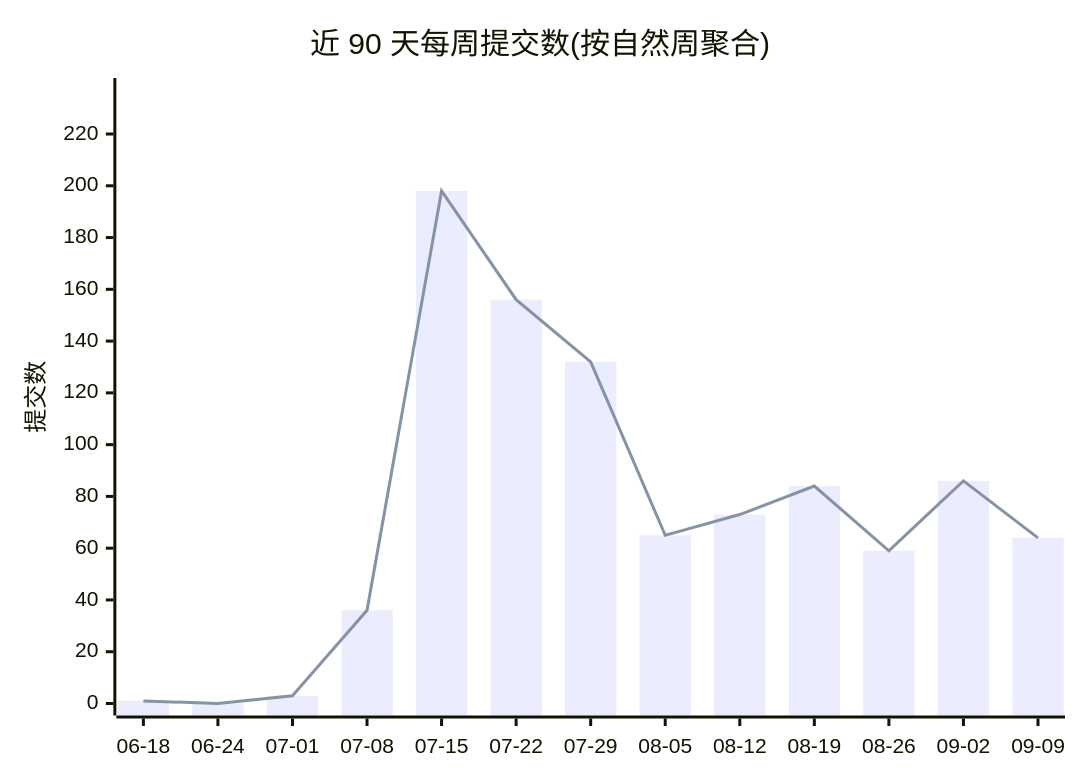
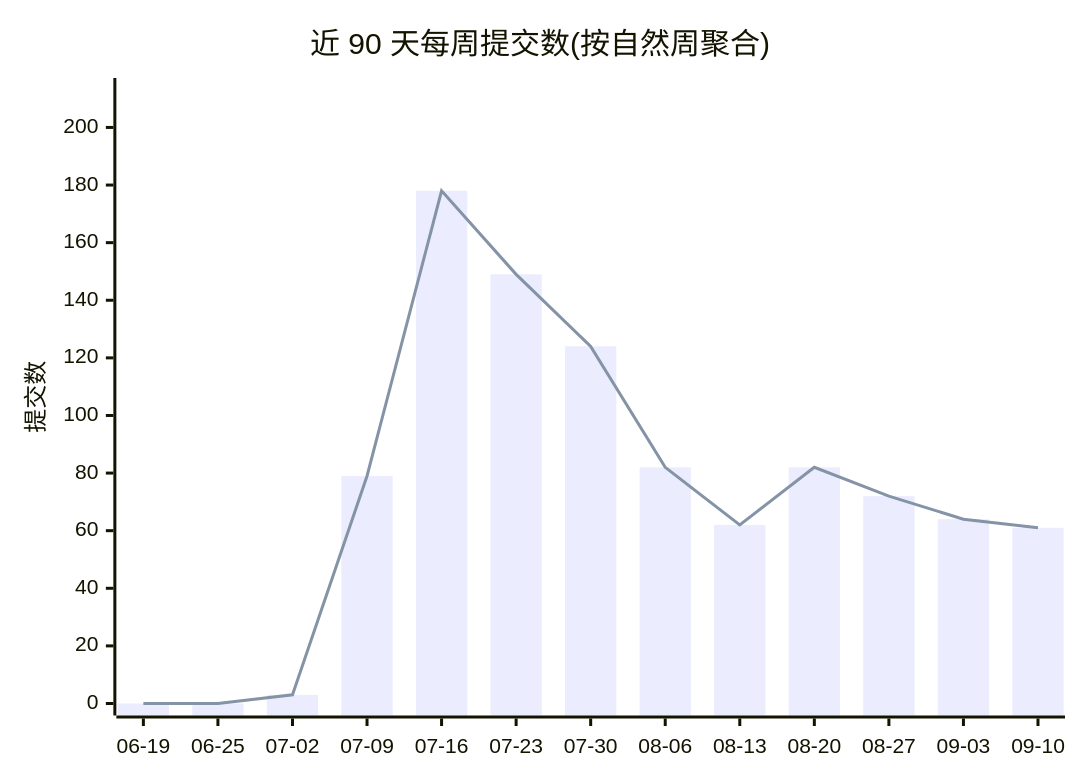
One commit to Conflux-Union/.github changed the first of 2 diagrams in profile/README.md. Above: the diagram before and after it, drawn with Mermaid. The commit also changed other lines of this file and 1 other file, not shown here.

Commit message:
chore(stats): refresh org commit stats

````diff
--- a/profile/README.md
+++ b/profile/README.md
@@ -44,8 +44,8 @@
 ```mermaid
 xychart-beta
     title "近 90 天每周提交数(按自然周聚合)"
-    x-axis ["06-18", "06-24", "07-01", "07-08", "07-15", "07-22", "07-29", "08-05", "08-12", "08-19", "08-26", "09-02", "09-09"]
-    y-axis "提交数" 0 --> 237
-    bar [1, 0, 3, 36, 198, 156, 132, 65, 73, 84, 59, 86, 64]
-    line [1, 0, 3, 36, 198, 156, 132, 65, 73, 84, 59, 86, 64]
+    x-axis ["06-19", "06-25", "07-02", "07-09", "07-16", "07-23", "07-30", "08-06", "08-13", "08-20", "08-27", "09-03", "09-10"]
+    y-axis "提交数" 0 --> 213
+    bar [0, 0, 3, 79, 178, 149, 124, 82, 62, 82, 72, 64, 61]
+    line [0, 0, 3, 79, 178, 149, 124, 82, 62, 82, 72, 64, 61]
 ```
````
